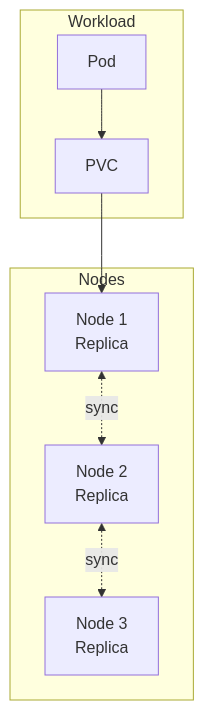
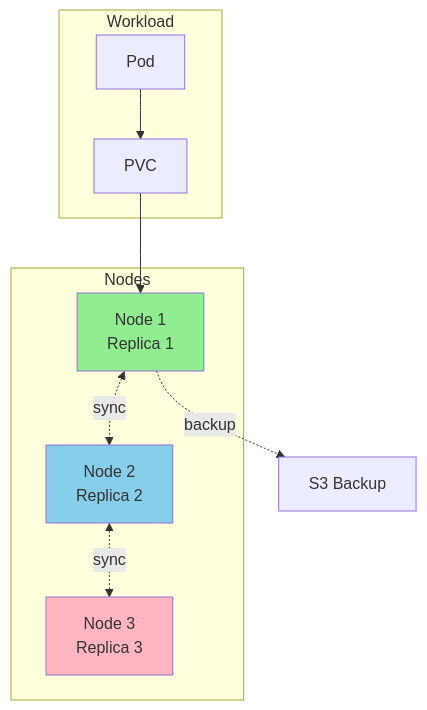
Before and after one commit to jomcgi/homelab: the diagram in charts/longhorn/README.md, drawn with Mermaid. The commit also changed other lines of this file and 34 other files, not shown here.

````diff
--- a/charts/longhorn/README.md
+++ b/charts/longhorn/README.md
@@ -7,16 +9,21 @@
 ```mermaid
 flowchart TB
     subgraph Nodes
-        N1[Node 1<br/>Replica]
-        N2[Node 2<br/>Replica]
-        N3[Node 3<br/>Replica]
+        N1[Node 1<br/>Replica 1]
+        N2[Node 2<br/>Replica 2]
+        N3[Node 3<br/>Replica 3]
     end
 
     subgraph Workload
         POD[Pod] --> PVC[PVC]
     end
 
     PVC --> N1
-    N1 <-.->|sync| N2
-    N2 <-.->|sync| N3
+    N1 <-.sync.-> N2
+    N2 <-.sync.-> N3
+    N1 -.backup.-> S3[S3 Backup]
+
+    style N1 fill:#90EE90
+    style N2 fill:#87CEEB
+    style N3 fill:#FFB6C1
 ```
````
